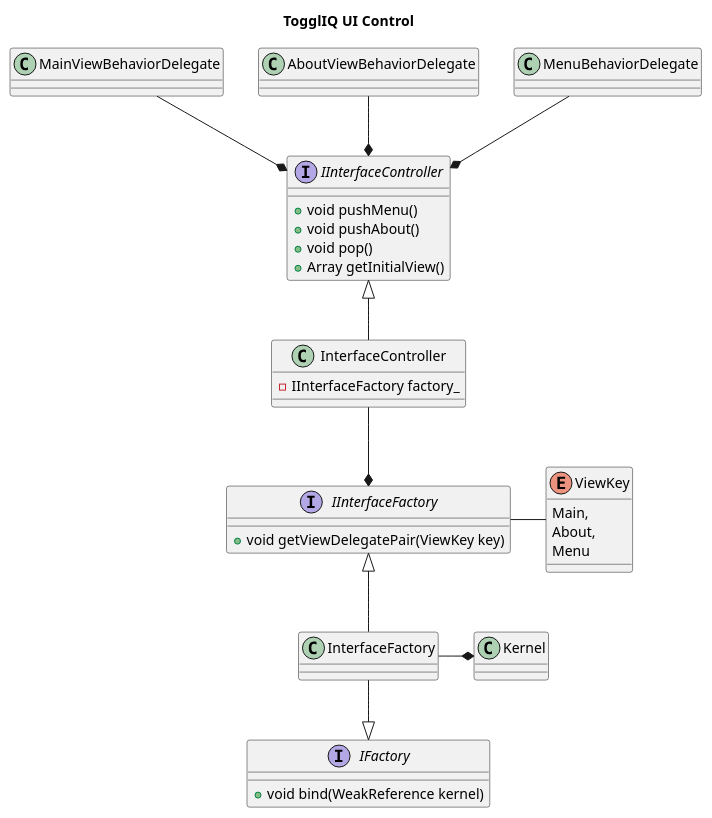
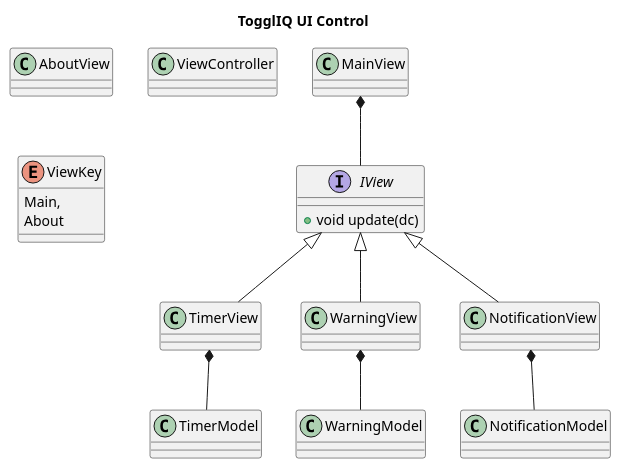
One commit to gcaufield/TogglIQ changed the diagram in doc/ui/InterfaceControlClassDiagram.puml. Above: the diagram before and after it, drawn with PlantUML. The commit also changed 1 other file, not shown here.

Commit message:
Update Class Diagrams
Add git ignore to doc/ to ensure that images generated by plantuml
aren't accidentally checked into the repo

```diff
--- a/doc/ui/InterfaceControlClassDiagram.puml
+++ b/doc/ui/InterfaceControlClassDiagram.puml
@@ -1,51 +1,46 @@
 @startuml
 
 title TogglIQ UI Control
 
-class MainViewBehaviorDelegate
-class AboutViewBehaviorDelegate
-class MenuBehaviorDelegate
+class TimerView
+class WarningView
 
-interface IInterfaceController {
-    + void pushMenu()
-    + void pushAbout()
-    + void pop()
-    + Array getInitialView()
+class NotificationView
+
+interface IView {
+  + void update(dc)
 }
 
-class InterfaceController {
-    - IInterfaceFactory factory_
+class MainView {
 }
 
-interface IInterfaceFactory {
-    + void getViewDelegatePair(ViewKey key)
+class AboutView
+
+class ViewController {
+}
+
+class TimerModel {
+}
+
+class WarningModel {
+}
+
+class NotificationModel {
 }
 
 enum ViewKey {
     Main,
-    About,
-    Menu
+    About
 }
 
-interface IFactory {
-    + void bind(WeakReference kernel)
-}
+MainView *-- IView
 
-class InterfaceFactory
+IView <|-- TimerView
+IView <|-- WarningView
+IView <|-- NotificationView
 
-class Kernel
-
-MainViewBehaviorDelegate --* IInterfaceController
-AboutViewBehaviorDelegate --* IInterfaceController
-MenuBehaviorDelegate --* IInterfaceController
-IInterfaceController <|-- InterfaceController
-
-InterfaceController --* IInterfaceFactory
-IInterfaceFactory - ViewKey
-
-IInterfaceFactory <|-- InterfaceFactory
-InterfaceFactory --|> IFactory
-
-InterfaceFactory -* Kernel
+TimerView *-- TimerModel
+WarningView *-- WarningModel
+NotificationView *-- NotificationModel
 
 @enduml
```
